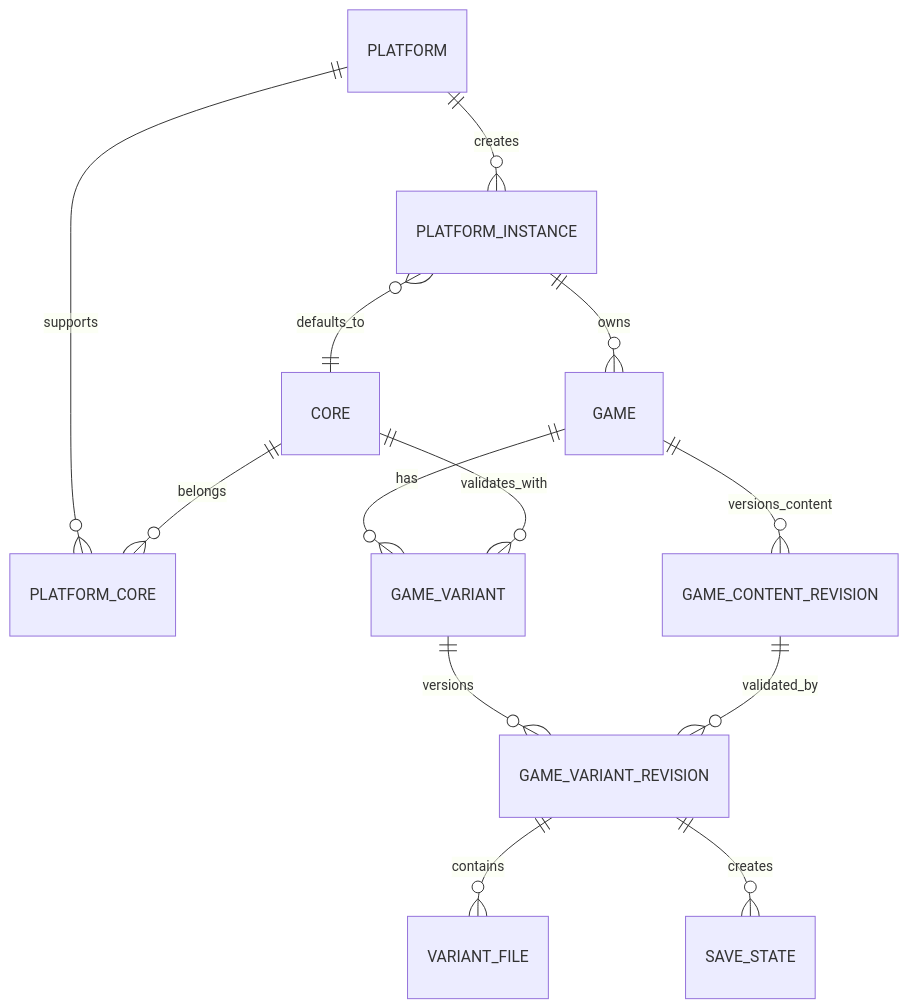
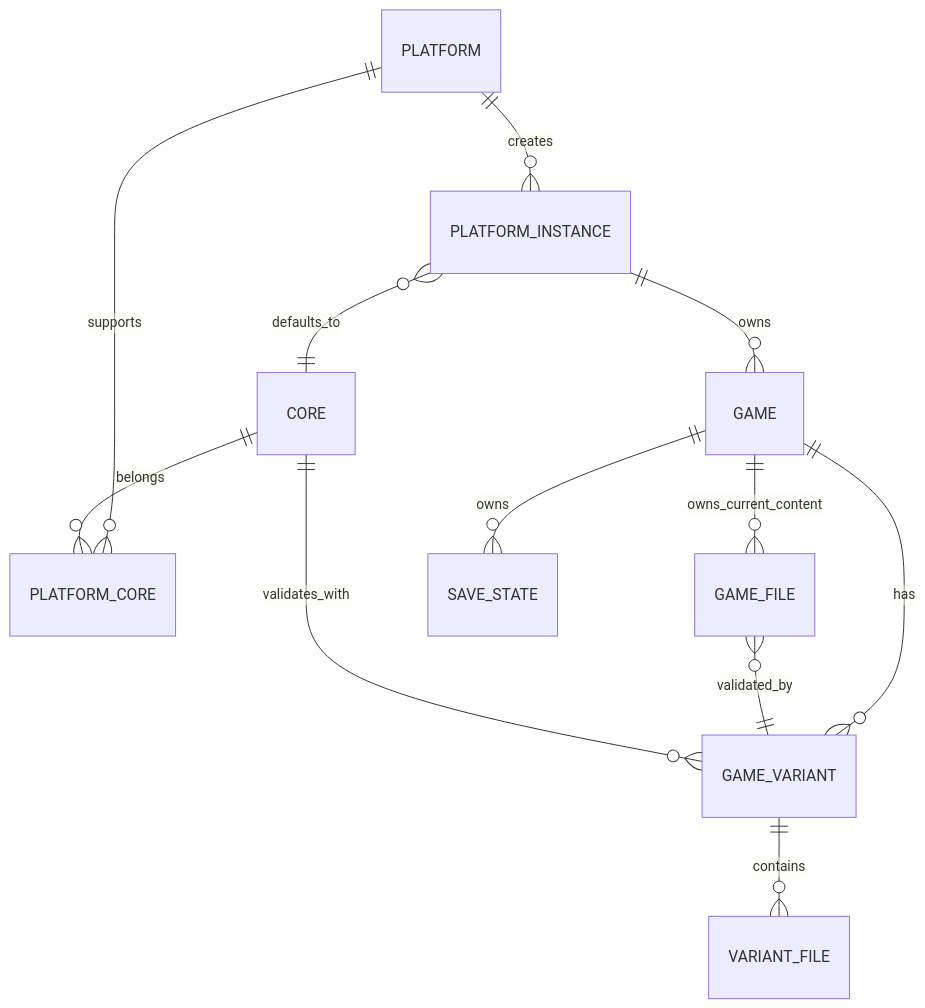
One commit to retrom-project/retrom changed the diagram in docs/platform-instance.md. Above: the diagram before and after it, drawn with Mermaid. The commit also changed other lines of this file and 795 other files, not shown here.

First line of the commit message:
refactor: unify Runtime Providers and simplify host launch architecture (#19)

```diff
--- a/docs/platform-instance.md
+++ b/docs/platform-instance.md
@@ -37,15 +37,14 @@
 ~~~mermaid
 erDiagram
     PLATFORM ||--o{ PLATFORM_INSTANCE : creates
     PLATFORM ||--o{ PLATFORM_CORE : supports
     CORE ||--o{ PLATFORM_CORE : belongs
     PLATFORM_INSTANCE }o--|| CORE : defaults_to
     PLATFORM_INSTANCE ||--o{ GAME : owns
-    GAME ||--o{ GAME_CONTENT_REVISION : versions_content
+    GAME ||--o{ GAME_FILE : owns_current_content
     GAME ||--o{ GAME_VARIANT : has
-    GAME_VARIANT ||--o{ GAME_VARIANT_REVISION : versions
-    GAME_CONTENT_REVISION ||--o{ GAME_VARIANT_REVISION : validated_by
+    GAME_FILE }o--|| GAME_VARIANT : validated_by
     CORE ||--o{ GAME_VARIANT : validates_with
-    GAME_VARIANT_REVISION ||--o{ VARIANT_FILE : contains
-    GAME_VARIANT_REVISION ||--o{ SAVE_STATE : creates
+    GAME_VARIANT ||--o{ VARIANT_FILE : contains
+    GAME ||--o{ SAVE_STATE : owns
 ~~~
```
